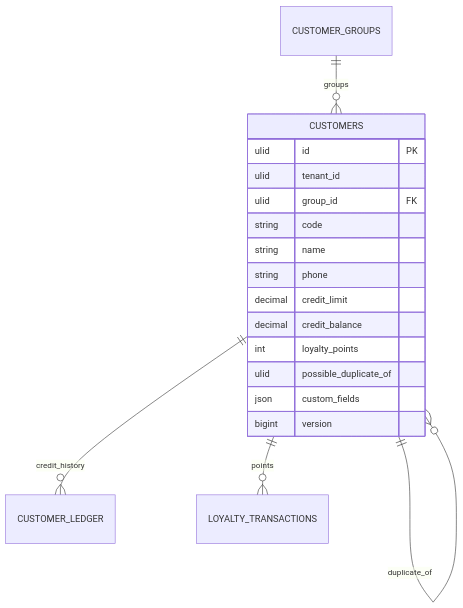
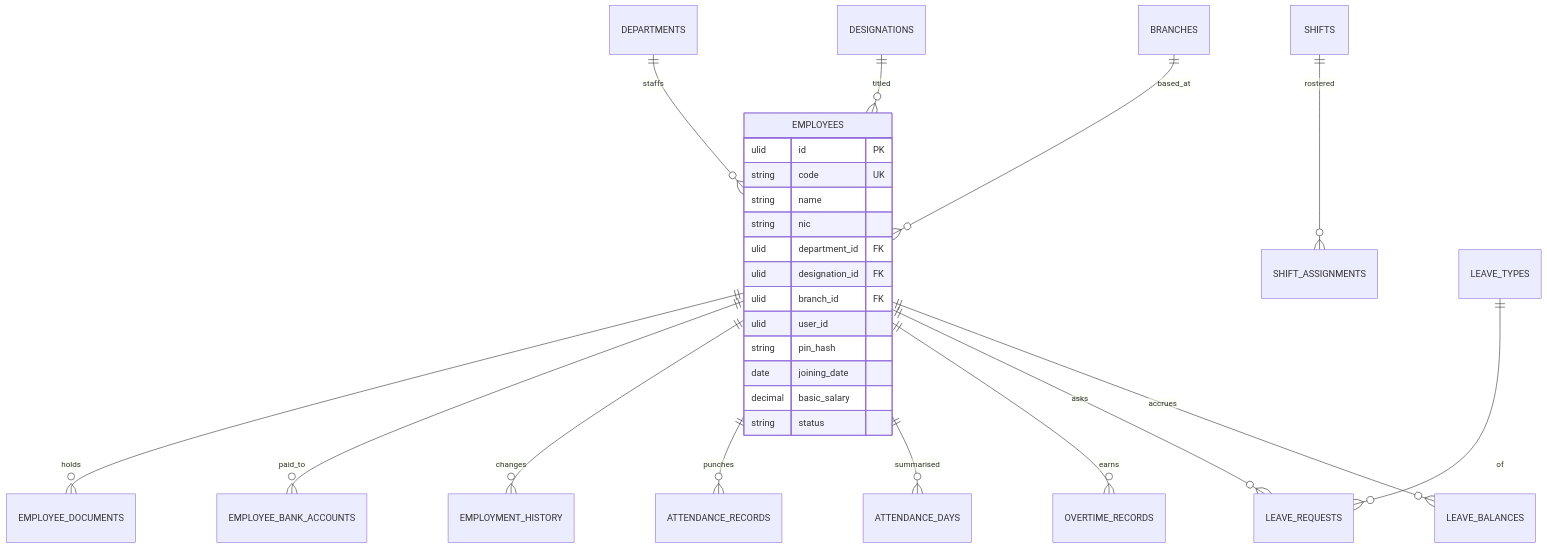
The eighth of 9 diagrams in docs/database.md (hasi94/SASS-POS), drawn with Mermaid before and after one commit. The commit also changed other lines of this file and 5 other files, not shown here.

First line of the commit message:
docs: architecture v0.4 — master database plus one database per tenant

````diff
--- a/docs/database.md
+++ b/docs/database.md
@@ -401,21 +728,30 @@
 ```mermaid
 erDiagram
-  CUSTOMER_GROUPS ||--o{ CUSTOMERS : groups
-  CUSTOMERS ||--o{ CUSTOMER_LEDGER : credit_history
-  CUSTOMERS ||--o{ LOYALTY_TRANSACTIONS : points
-  CUSTOMERS ||--o{ CUSTOMERS : duplicate_of
-  CUSTOMERS {
+  DEPARTMENTS ||--o{ EMPLOYEES : staffs
+  DESIGNATIONS ||--o{ EMPLOYEES : titled
+  BRANCHES ||--o{ EMPLOYEES : based_at
+  EMPLOYEES ||--o{ EMPLOYEE_DOCUMENTS : holds
+  EMPLOYEES ||--o{ EMPLOYEE_BANK_ACCOUNTS : paid_to
+  EMPLOYEES ||--o{ EMPLOYMENT_HISTORY : changes
+  SHIFTS ||--o{ SHIFT_ASSIGNMENTS : rostered
+  EMPLOYEES ||--o{ ATTENDANCE_RECORDS : punches
+  EMPLOYEES ||--o{ ATTENDANCE_DAYS : summarised
+  EMPLOYEES ||--o{ OVERTIME_RECORDS : earns
+  LEAVE_TYPES ||--o{ LEAVE_REQUESTS : of
+  EMPLOYEES ||--o{ LEAVE_REQUESTS : asks
+  EMPLOYEES ||--o{ LEAVE_BALANCES : accrues
+  EMPLOYEES {
     ulid id PK
-    ulid tenant_id
-    ulid group_id FK
-    string code
+    string code UK
     string name
-    string phone
-    decimal credit_limit
-    decimal credit_balance
-    int loyalty_points
-    ulid possible_duplicate_of
-    json custom_fields
-    bigint version
+    string nic
+    ulid department_id FK
+    ulid designation_id FK
+    ulid branch_id FK
+    ulid user_id
+    string pin_hash
+    date joining_date
+    decimal basic_salary
+    string status
   }
 ```
````
